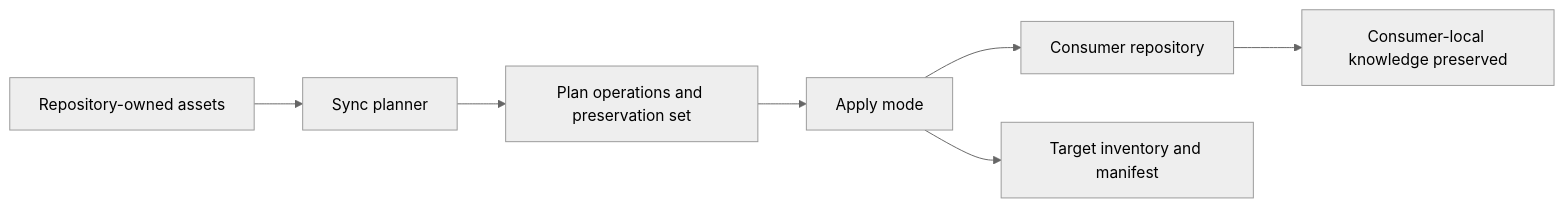
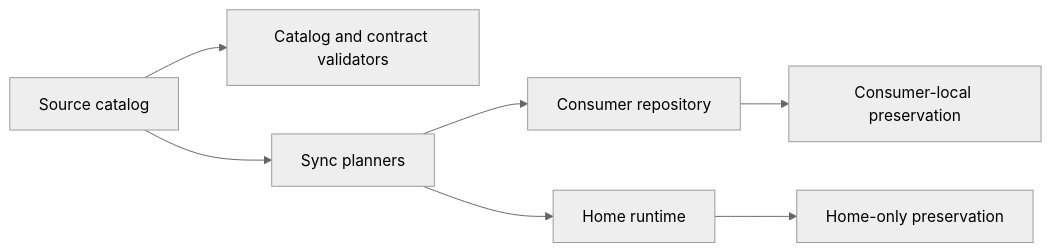
The diagram in docs/architecture.md (pagopa/cloud-strategy.github), drawn with Mermaid (neutral theme) before and after one commit. The commit also changed other lines of this file and 9 other files, not shown here.

Commit message:
feat: add context and rules documentation for catalog governance and source synchronization; enhance clarity on asset management and synchronization processes

````diff
--- a/docs/architecture.md
+++ b/docs/architecture.md
@@ -46,9 +11,11 @@
 ```mermaid
 flowchart LR
-    A[Repository-owned assets] --> B[Sync planner]
-    B --> C[Plan operations and preservation set]
-    C --> D[Apply mode]
-    D --> E[Consumer repository]
-    D --> F[Target inventory and manifest]
-    E --> G[Consumer-local knowledge preserved]
+    accTitle: Standards repository source and synchronization flow
+    accDescr: Validators and synchronization planners consume the source catalog independently; plans materialize into consumer repositories or supported home runtimes while target-owned resources remain preserved.
+    A["Source catalog"] --> B["Catalog and contract validators"]
+    A --> C["Sync planners"]
+    C --> D["Consumer repository"]
+    C --> E["Home runtime"]
+    D --> F["Consumer-local preservation"]
+    E --> G["Home-only preservation"]
 ```
````
